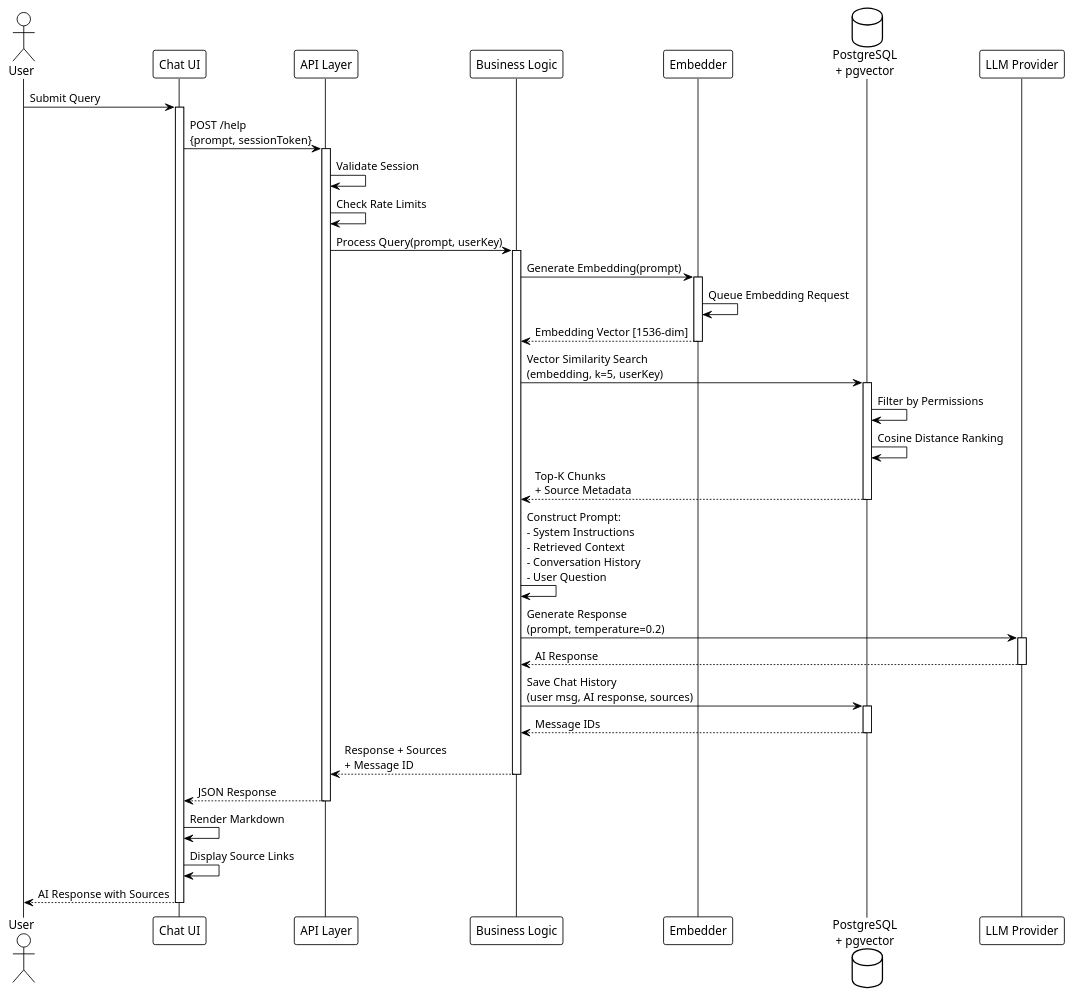
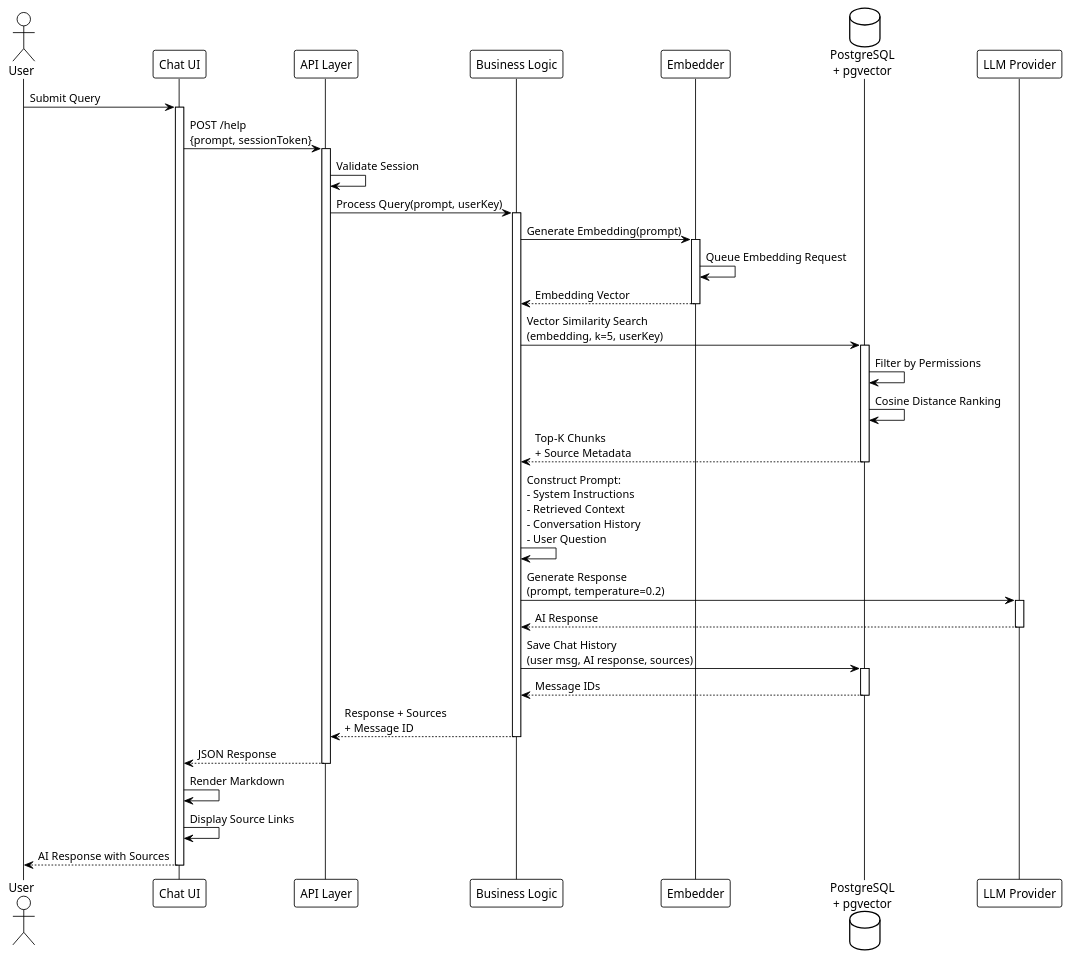
The diagram in diagrams/query-flow.pu (3liasP/msc-thesis), drawn with PlantUML before and after one commit. The commit also changed 7 other files, not shown here.

```diff
--- a/diagrams/query-flow.pu
+++ b/diagrams/query-flow.pu
@@ -1,63 +1,62 @@
 @startuml
 !theme plain
 
 skinparam nodesep 10
 skinparam ranksep 20
 
 actor User
 participant "Chat UI" as UI
 participant "API Layer" as API
 participant "Business Logic" as BL
 participant "Embedder" as EMB
 database "PostgreSQL\n+ pgvector" as DB
 participant "LLM Provider" as LLM
 
 User -> UI: Submit Query
 activate UI
 
 UI -> API: POST /help\n{prompt, sessionToken}
 activate API
 
 API -> API: Validate Session
-API -> API: Check Rate Limits
 
 API -> BL: Process Query(prompt, userKey)
 activate BL
 
 BL -> EMB: Generate Embedding(prompt)
 activate EMB
 EMB -> EMB: Queue Embedding Request
-EMB --> BL: Embedding Vector [1536-dim]
+EMB --> BL: Embedding Vector
 deactivate EMB
 
 BL -> DB: Vector Similarity Search\n(embedding, k=5, userKey)
 activate DB
 DB -> DB: Filter by Permissions
 DB -> DB: Cosine Distance Ranking
 DB --> BL: Top-K Chunks\n+ Source Metadata
 deactivate DB
 
 BL -> BL: Construct Prompt:\n- System Instructions\n- Retrieved Context\n- Conversation History\n- User Question
 
 BL -> LLM: Generate Response\n(prompt, temperature=0.2)
 activate LLM
 LLM --> BL: AI Response
 deactivate LLM
 
 BL -> DB: Save Chat History\n(user msg, AI response, sources)
 activate DB
 DB --> BL: Message IDs
 deactivate DB
 
 BL --> API: Response + Sources\n+ Message ID
 deactivate BL
 
 API --> UI: JSON Response
 deactivate API
 
 UI -> UI: Render Markdown
 UI -> UI: Display Source Links
 UI --> User: AI Response with Sources
 deactivate UI
 
 @enduml
```
